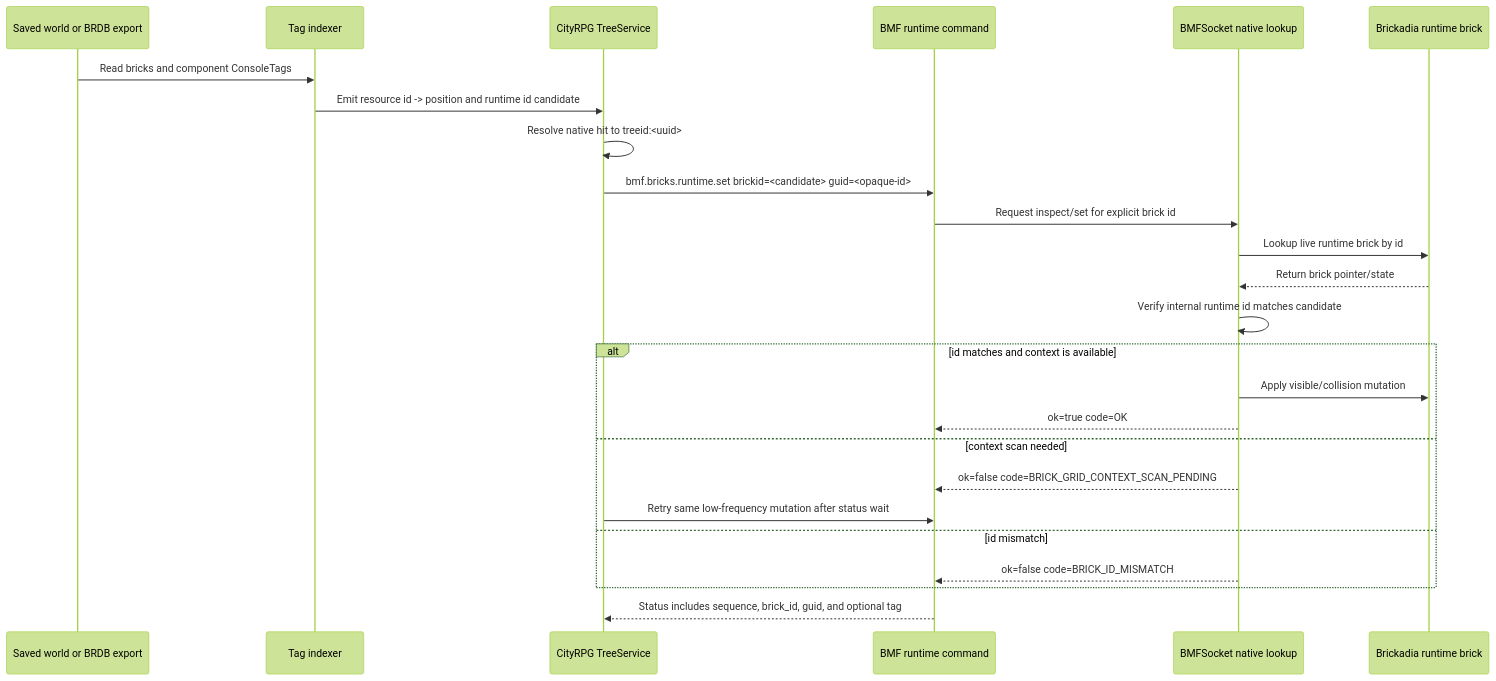
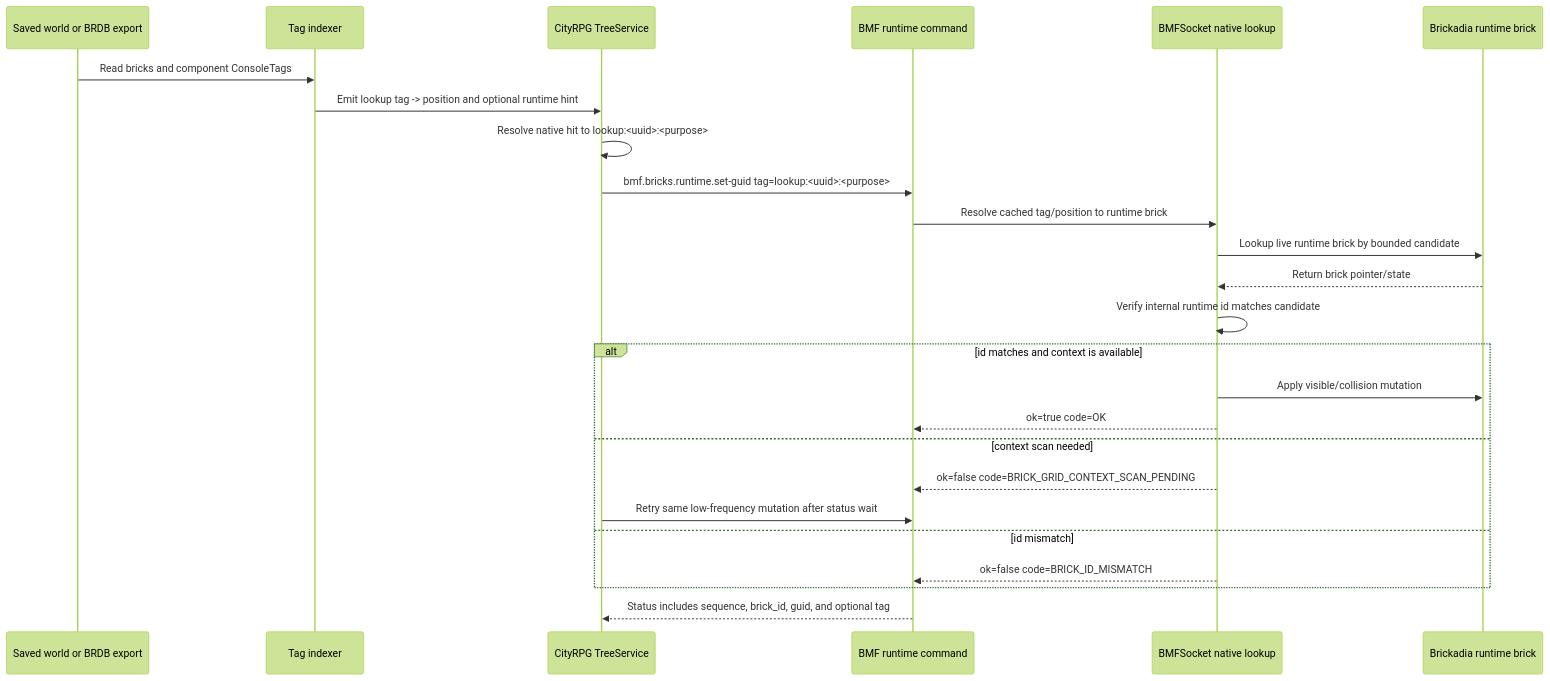
One commit to Ty-lerCox/brickadia-modding-framework changed the seventh of 9 diagrams in docs/architecture/architecture-patterns.md. Above: the diagram before and after it, drawn with Mermaid (forest theme). The commit also changed other lines of this file and 21 other files, not shown here.

Commit message:
Generalize resource lookup runtime brick APIs

````diff
--- a/docs/architecture/architecture-patterns.md
+++ b/docs/architecture/architecture-patterns.md
@@ -221,28 +221,28 @@
 ```mermaid
 sequenceDiagram
     participant World as Saved world or BRDB export
     participant Indexer as Tag indexer
     participant CityRPG as CityRPG TreeService
     participant BMF as BMF runtime command
     participant Native as BMFSocket native lookup
     participant Server as Brickadia runtime brick
 
     World->>Indexer: Read bricks and component ConsoleTags
-    Indexer->>CityRPG: Emit resource id -> position and runtime id candidate
-    CityRPG->>CityRPG: Resolve native hit to treeid:<uuid>
-    CityRPG->>BMF: bmf.bricks.runtime.set brickid=<candidate> guid=<opaque-id>
-    BMF->>Native: Request inspect/set for explicit brick id
-    Native->>Server: Lookup live runtime brick by id
+    Indexer->>CityRPG: Emit lookup tag -> position and optional runtime hint
+    CityRPG->>CityRPG: Resolve native hit to lookup:<uuid>:<purpose>
+    CityRPG->>BMF: bmf.bricks.runtime.set-guid tag=lookup:<uuid>:<purpose>
+    BMF->>Native: Resolve cached tag/position to runtime brick
+    Native->>Server: Lookup live runtime brick by bounded candidate
     Server-->>Native: Return brick pointer/state
     Native->>Native: Verify internal runtime id matches candidate
     alt id matches and context is available
         Native->>Server: Apply visible/collision mutation
         Native-->>BMF: ok=true code=OK
     else context scan needed
         Native-->>BMF: ok=false code=BRICK_GRID_CONTEXT_SCAN_PENDING
         CityRPG->>BMF: Retry same low-frequency mutation after status wait
     else id mismatch
         Native-->>BMF: ok=false code=BRICK_ID_MISMATCH
     end
     BMF-->>CityRPG: Status includes sequence, brick_id, guid, and optional tag
 ```
````
